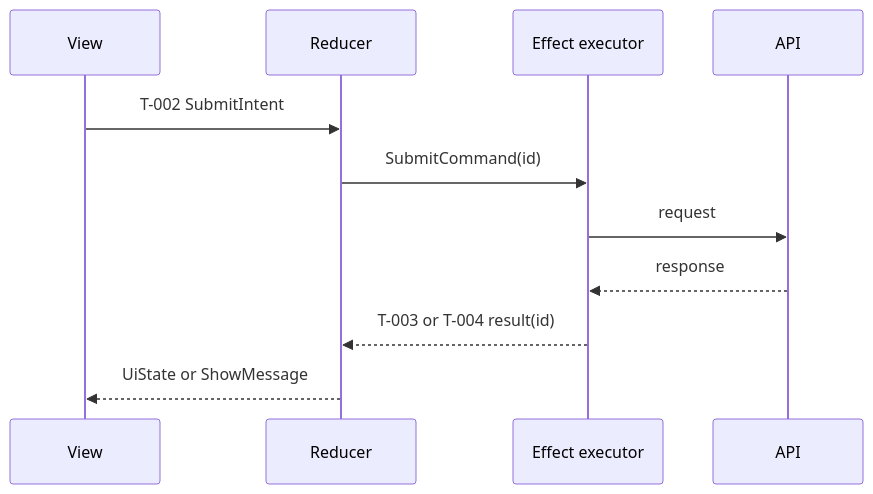
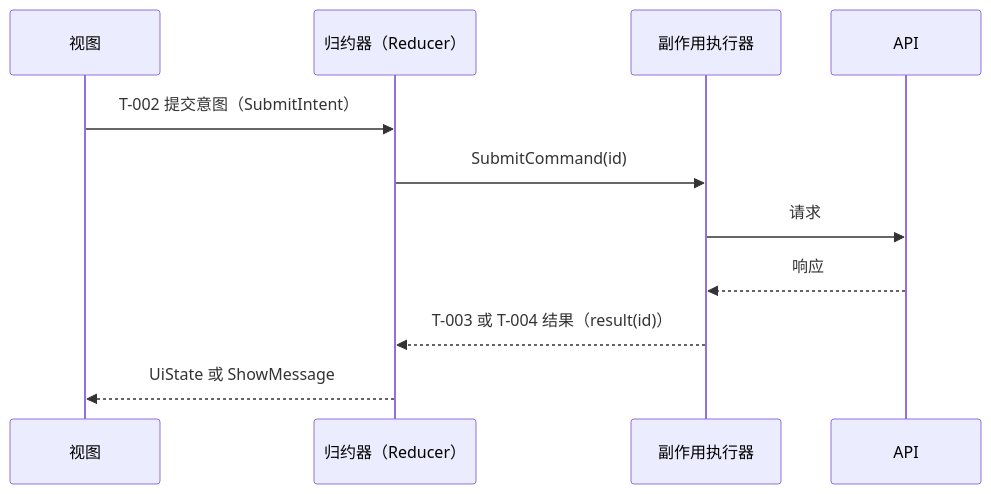
One commit to s-charvin/ai-delivery-kit changed the third of 3 diagrams in .agents-zh/skills/ai-delivery-orchestrator/templates/design-state-flow-example.md. Above: the diagram before and after it, drawn with Mermaid. The commit also changed other lines of this file and 8 other files, not shown here.

````diff
--- a/.agents-zh/skills/ai-delivery-orchestrator/templates/design-state-flow-example.md
+++ b/.agents-zh/skills/ai-delivery-orchestrator/templates/design-state-flow-example.md
@@ -62,13 +67,13 @@
 ```mermaid
 sequenceDiagram
-  participant V as View
-  participant R as Reducer
-  participant E as Effect executor
+  participant V as 视图
+  participant R as 归约器（Reducer）
+  participant E as 副作用执行器
   participant API as API
-  V->>R: T-002 SubmitIntent
+  V->>R: T-002 提交意图（SubmitIntent）
   R->>E: SubmitCommand(id)
-  E->>API: request
-  API-->>E: response
-  E-->>R: T-003 or T-004 result(id)
-  R-->>V: UiState or ShowMessage
+  E->>API: 请求
+  API-->>E: 响应
+  E-->>R: T-003 或 T-004 结果（result(id)）
+  R-->>V: UiState 或 ShowMessage
 ```
````
